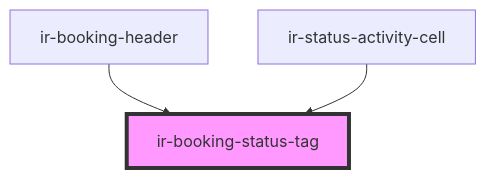
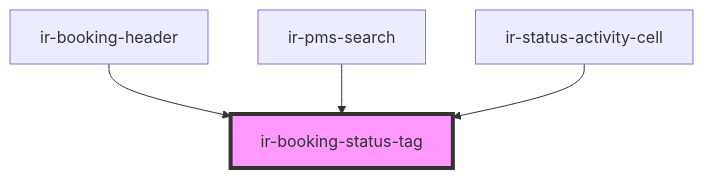
One commit to RonyRizk/ir-webcmp changed the diagram in src/components/ui/ir-booking-status-tag/readme.md. Above: the diagram before and after it, drawn with Mermaid. The commit also changed other lines of this file and 57 other files, not shown here.

````diff
--- a/src/components/ui/ir-booking-status-tag/readme.md
+++ b/src/components/ui/ir-booking-status-tag/readme.md
@@ -24,6 +25,7 @@
 ```mermaid
 graph TD;
   ir-booking-header --> ir-booking-status-tag
+  ir-pms-search --> ir-booking-status-tag
   ir-status-activity-cell --> ir-booking-status-tag
   style ir-booking-status-tag fill:#f9f,stroke:#333,stroke-width:4px
 ```
````
